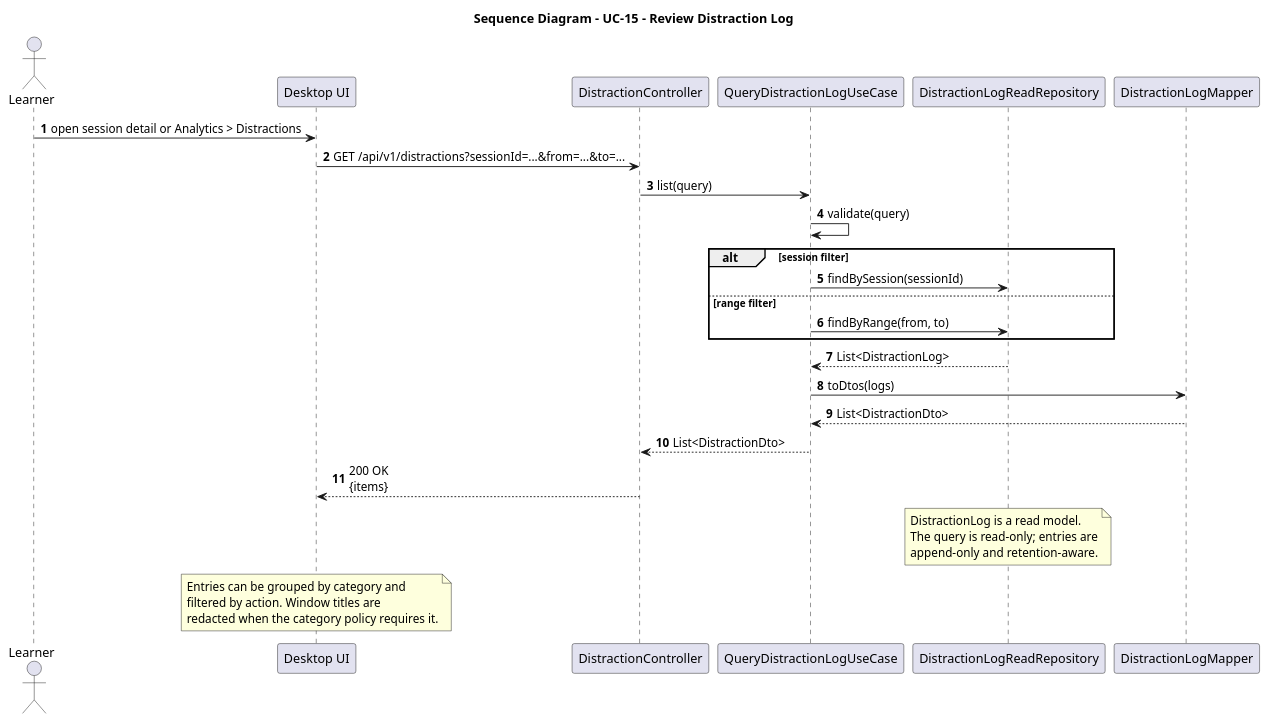
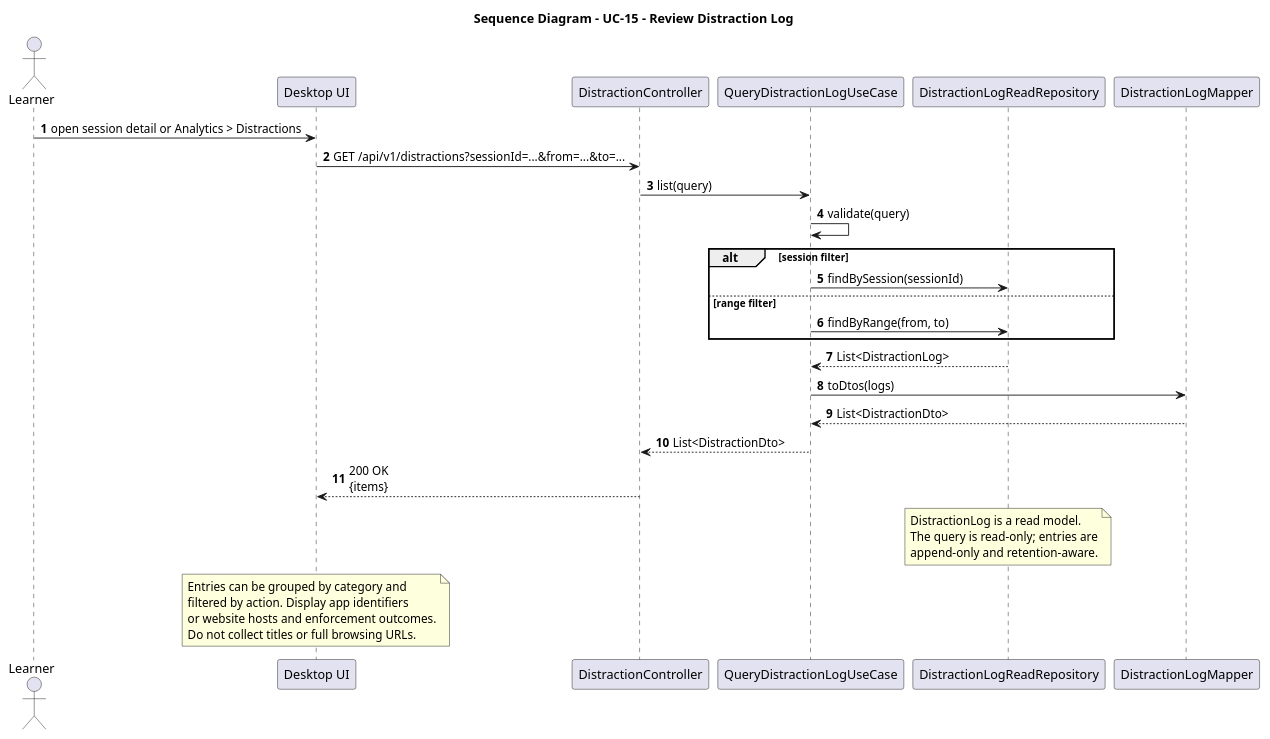
One commit to MiguelRibeiro1210/Focus-and-Study-Tracking changed the diagram in docs/SD/SD_ReviewDistractionLog.puml. Above: the diagram before and after it, drawn with PlantUML. The commit also changed 31 other files, not shown here.

```diff
--- a/docs/SD/SD_ReviewDistractionLog.puml
+++ b/docs/SD/SD_ReviewDistractionLog.puml
@@ -1,40 +1,41 @@
 @startuml
 title Sequence Diagram - UC-15 - Review Distraction Log
 
 autonumber
 actor Learner
 participant "Desktop UI" as UI
 participant "DistractionController" as Controller
 participant "QueryDistractionLogUseCase" as UseCase
 participant "DistractionLogReadRepository" as Repo
 participant "DistractionLogMapper" as Mapper
 
 Learner -> UI : open session detail or Analytics > Distractions
 UI -> Controller : GET /api/v1/distractions?sessionId=...&from=...&to=...
 Controller -> UseCase : list(query)
 UseCase -> UseCase : validate(query)
 
 alt session filter
   UseCase -> Repo : findBySession(sessionId)
 else range filter
   UseCase -> Repo : findByRange(from, to)
 end
 Repo --> UseCase : List<DistractionLog>
 UseCase -> Mapper : toDtos(logs)
 Mapper --> UseCase : List<DistractionDto>
 UseCase --> Controller : List<DistractionDto>
 Controller --> UI : 200 OK\n{items}
 
 note over Repo
   DistractionLog is a read model.
   The query is read-only; entries are
   append-only and retention-aware.
 end note
 
 note over UI
   Entries can be grouped by category and
-  filtered by action. Window titles are
-  redacted when the category policy requires it.
+  filtered by action. Display app identifiers
+  or website hosts and enforcement outcomes.
+  Do not collect titles or full browsing URLs.
 end note
 
 @enduml
```
